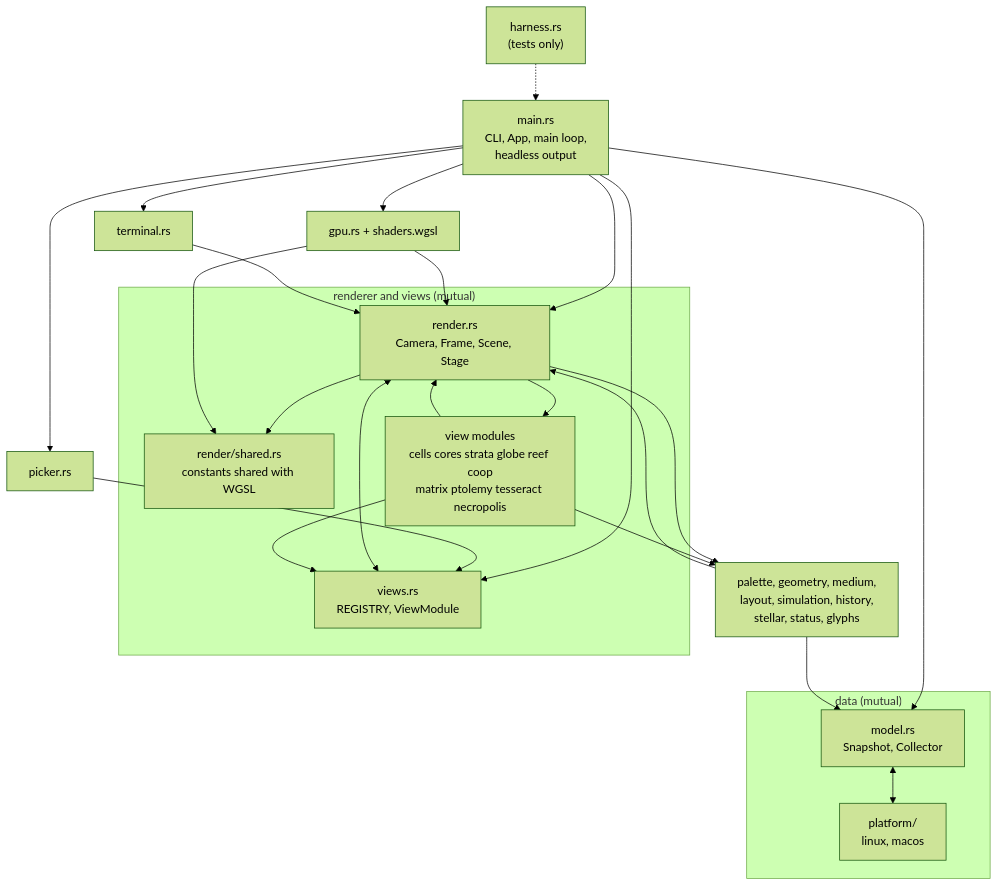
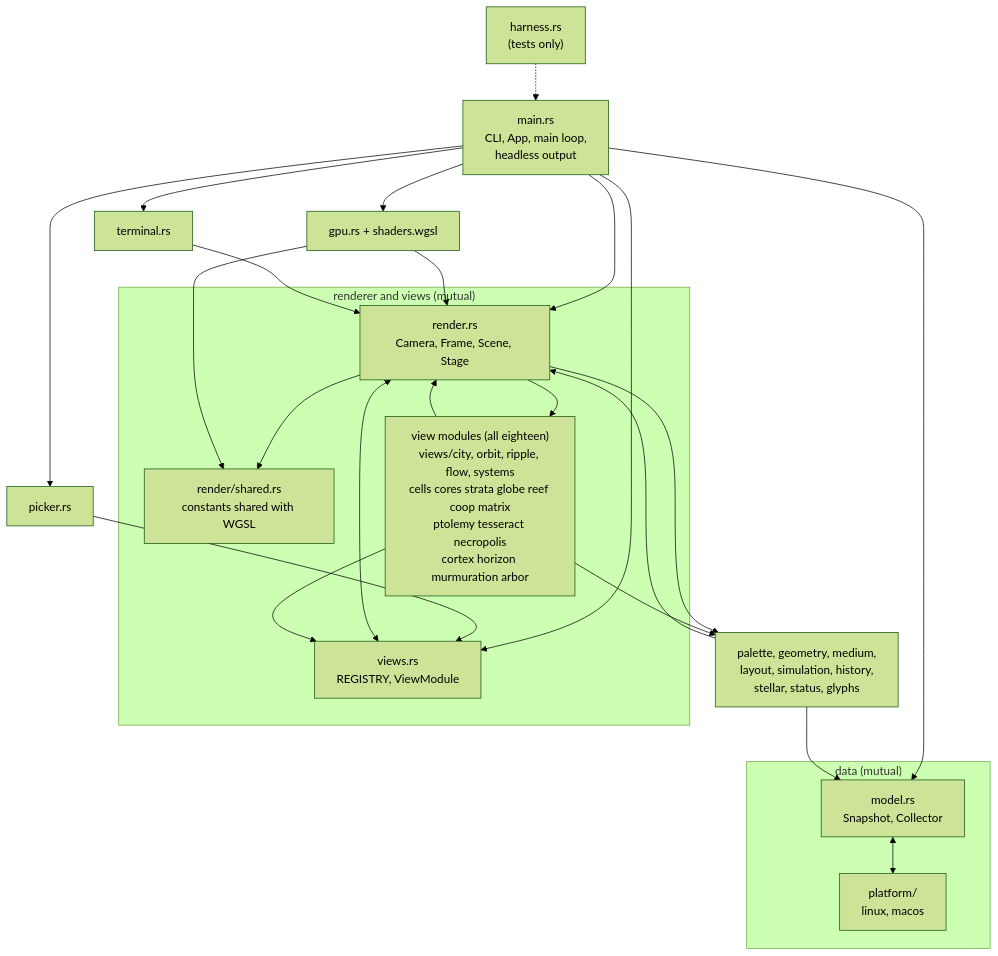
Before and after one commit to tfpickard/isotop: the second of 2 diagrams in wiki/Theory-Overview.md, drawn with Mermaid (forest theme). The commit also changed other lines of this file and 35 other files, not shown here.

````diff
--- a/wiki/Theory-Overview.md
+++ b/wiki/Theory-Overview.md
@@ -61,40 +73,40 @@
 ```mermaid
 flowchart TD
     main["main.rs<br/>CLI, App, main loop,<br/>headless output"]
     harness["harness.rs<br/>(tests only)"]
     gpu["gpu.rs + shaders.wgsl"]
     terminal["terminal.rs"]
     picker["picker.rs"]
     subgraph RV["renderer and views (mutual)"]
       render["render.rs<br/>Camera, Frame, Scene, Stage"]
       shared["render/shared.rs<br/>constants shared with WGSL"]
       views["views.rs<br/>REGISTRY, ViewModule"]
-      modules["view modules<br/>cells cores strata globe reef coop<br/>matrix ptolemy tesseract necropolis"]
+      modules["view modules (all eighteen)<br/>views/city, orbit, ripple, flow, systems<br/>cells cores strata globe reef coop matrix<br/>ptolemy tesseract necropolis<br/>cortex horizon murmuration arbor"]
     end
     helpers["palette, geometry, medium,<br/>layout, simulation, history,<br/>stellar, status, glyphs"]
     subgraph DATA["data (mutual)"]
       model["model.rs<br/>Snapshot, Collector"]
       platform["platform/<br/>linux, macos"]
     end
     main --> gpu
     main --> terminal
     main --> picker
     main --> render
     main --> views
     main --> model
     harness -.-> main
     gpu --> render
     terminal --> render
     picker --> views
     render <--> views
     render --> modules
     modules --> render
     modules --> views
     render --> shared
     gpu --> shared
     render --> helpers
     modules --> helpers
     helpers --> model
     helpers --> render
     model <--> platform
 ```
````
